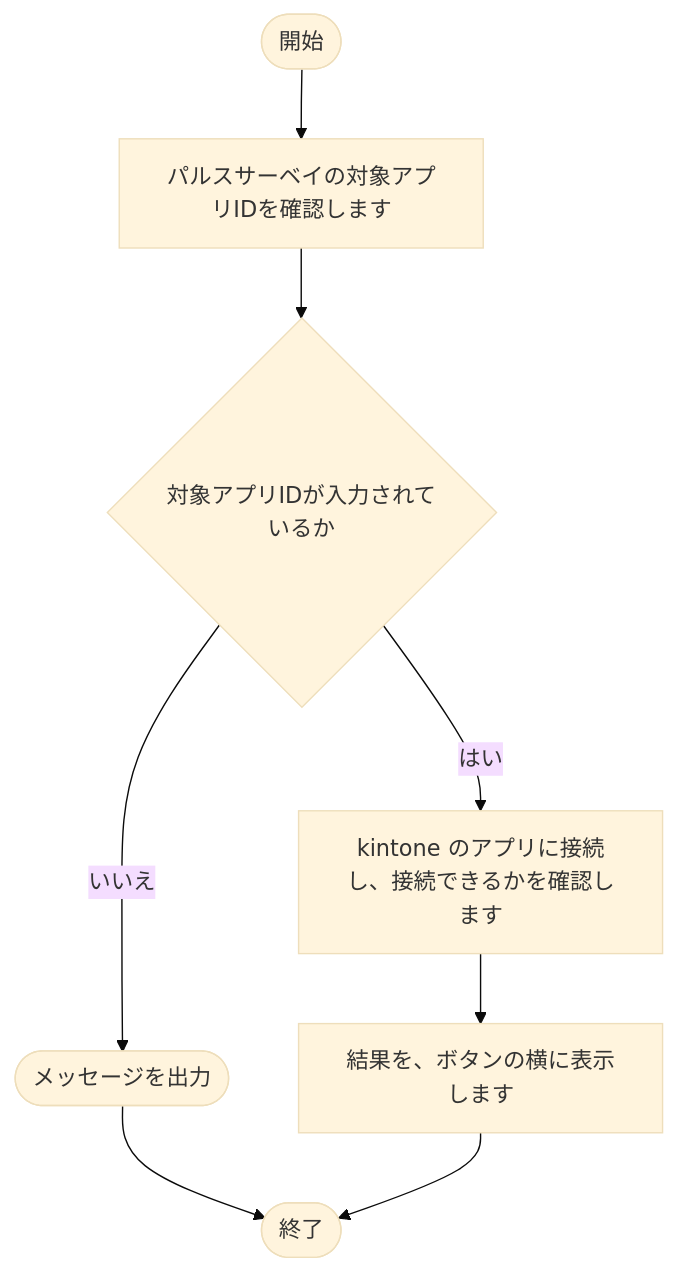
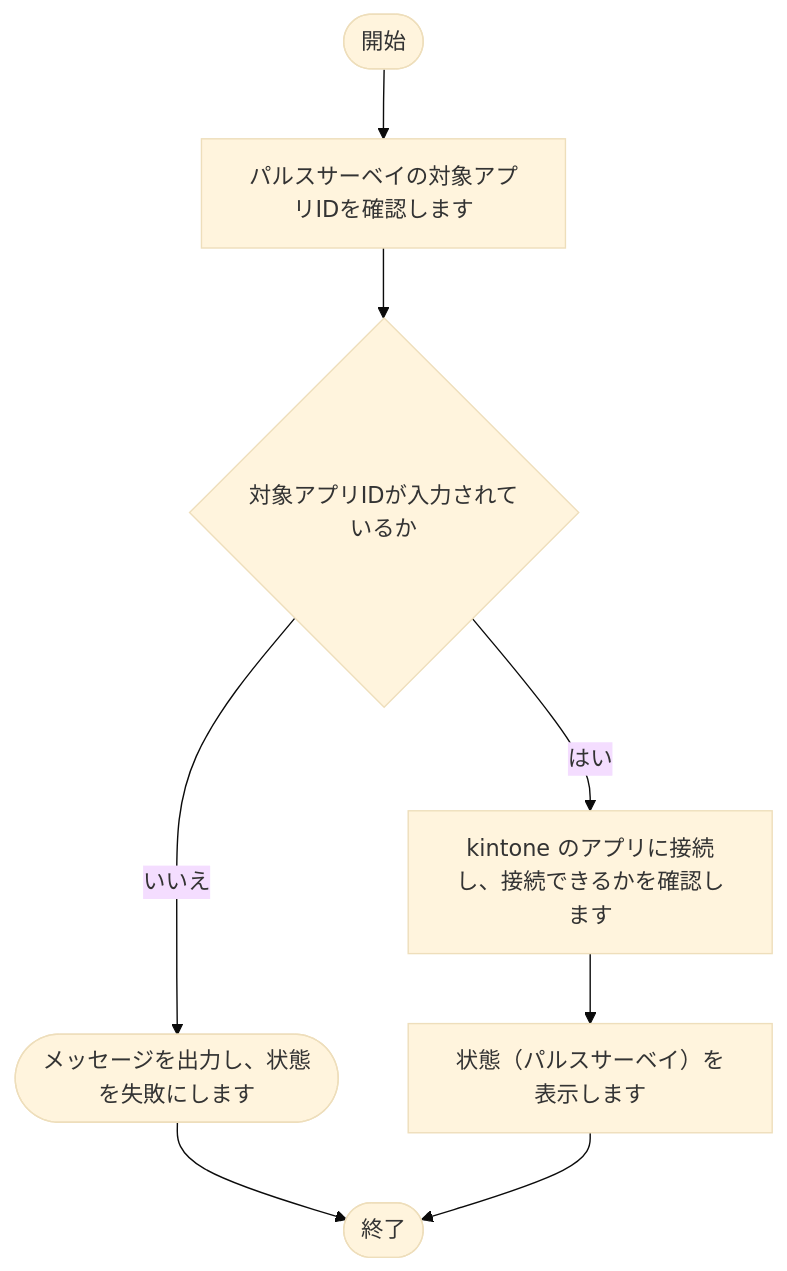
Before and after one commit to nishida2073/project_management: diagram 19 of 25 in tool/kintone-aggregator/doc/02_設計/処理フロー.md, drawn with Mermaid (base theme). The commit also changed other lines of this file and 11 other files, not shown here.

````diff
--- a/tool/kintone-aggregator/doc/02_設計/処理フロー.md
+++ b/tool/kintone-aggregator/doc/02_設計/処理フロー.md
@@ -487,17 +487,17 @@
 ```mermaid
 flowchart TD
     S(["開始"])
     E(["終了"])
     N1["パルスサーベイの対象アプリIDを確認します"]
     S --> N1
     N2{"対象アプリIDが入力されているか"}
-    X2(["メッセージを出力"])
+    X2(["メッセージを出力し、状態を失敗にします"])
     X2 --> E
     N2 -- いいえ --> X2
     N1 --> N2
     N3["kintone のアプリに接続し、接続できるかを確認します"]
     N2 -- はい --> N3
-    N4["結果を、ボタンの横に表示します"]
+    N4["状態（パルスサーベイ）を表示します"]
     N3 --> N4
     N4 --> E
 ```
````
